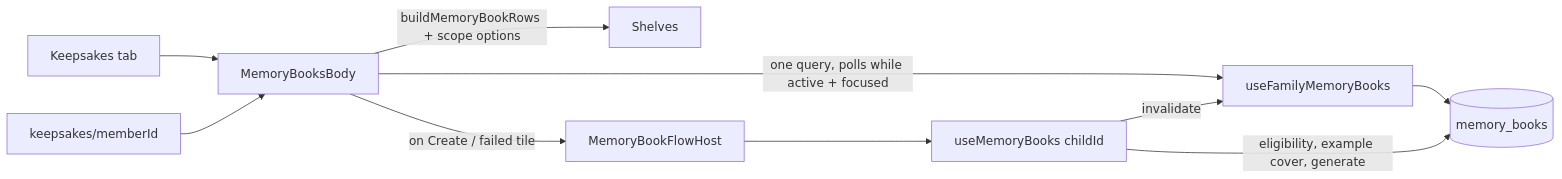
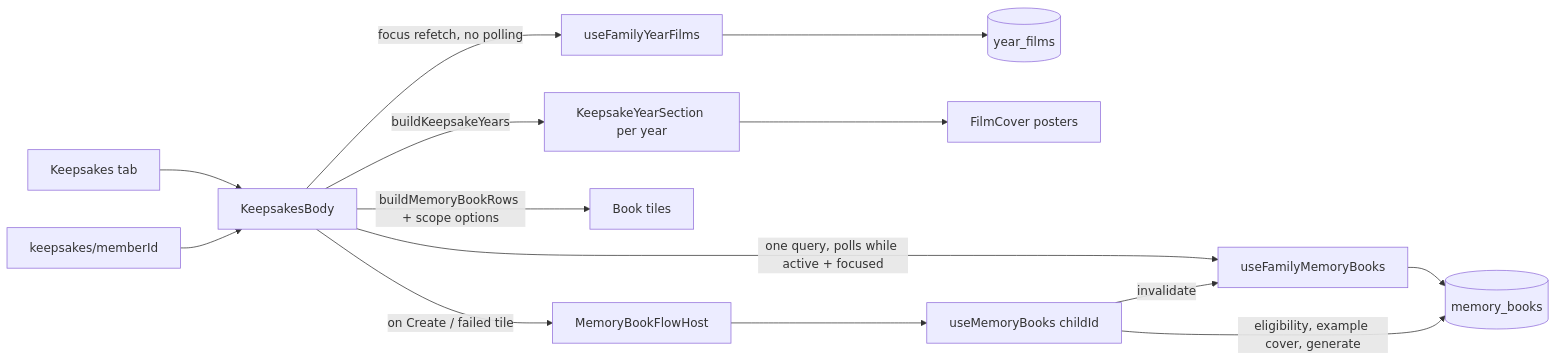
One commit to eduardoyi/newmomora changed the diagram in docs/features/keepsakes.md. Above: the diagram before and after it, drawn with Mermaid. The commit also changed other lines of this file and 57 other files, not shown here.

First line of the commit message:
Year Film P2 app: Timeline cards, player + share, Keepsakes by year, drawer

````diff
--- a/docs/features/keepsakes.md
+++ b/docs/features/keepsakes.md
@@ -57,12 +87,16 @@
 ```mermaid
 flowchart LR
-  Tab[Keepsakes tab] --> Body[MemoryBooksBody]
+  Tab[Keepsakes tab] --> Body[KeepsakesBody]
   Route[keepsakes/memberId] --> Body
   Body -->|one query, polls while active + focused| Fam[useFamilyMemoryBooks]
   Fam --> DB[(memory_books)]
-  Body -->|buildMemoryBookRows + scope options| Shelves[Shelves]
+  Body -->|focus refetch, no polling| Films[useFamilyYearFilms]
+  Films --> FDB[(year_films)]
+  Body -->|buildKeepsakeYears| Years[KeepsakeYearSection per year]
+  Years --> Covers[FilmCover posters]
+  Body -->|buildMemoryBookRows + scope options| Shelves[Book tiles]
   Body -->|on Create / failed tile| Host[MemoryBookFlowHost]
   Host --> Hook[useMemoryBooks childId]
   Hook -->|eligibility, example cover, generate| DB
   Hook -->|invalidate| Fam
 ```
````
